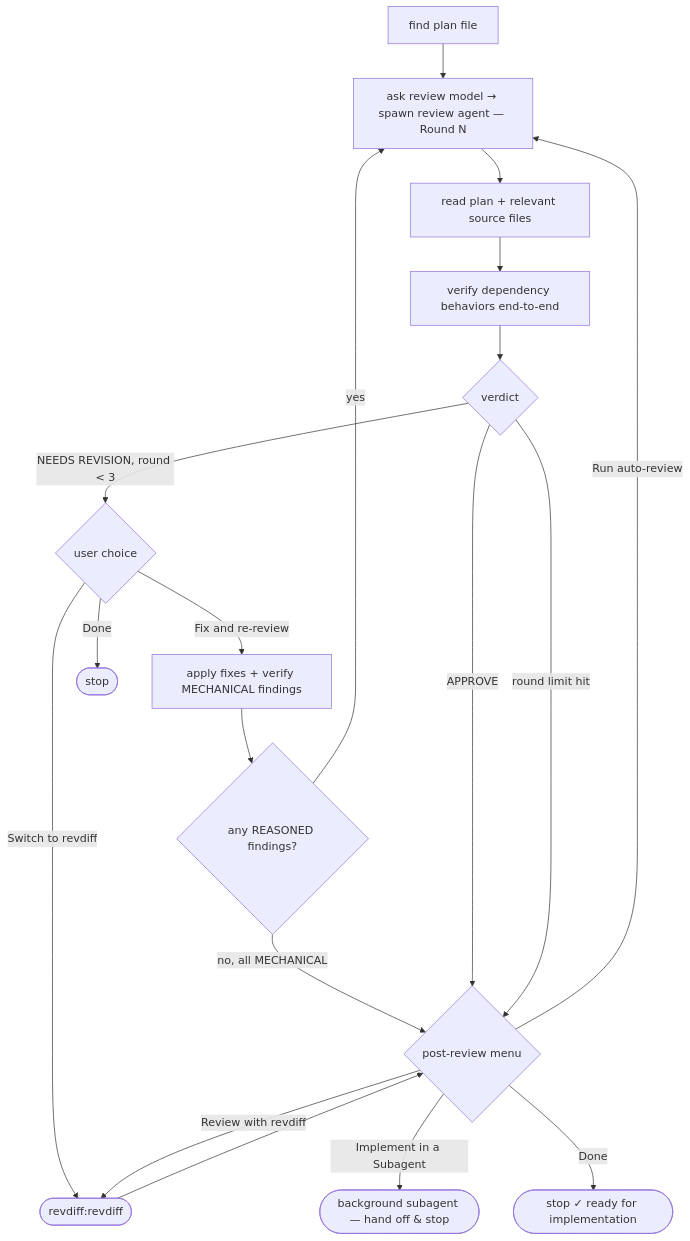
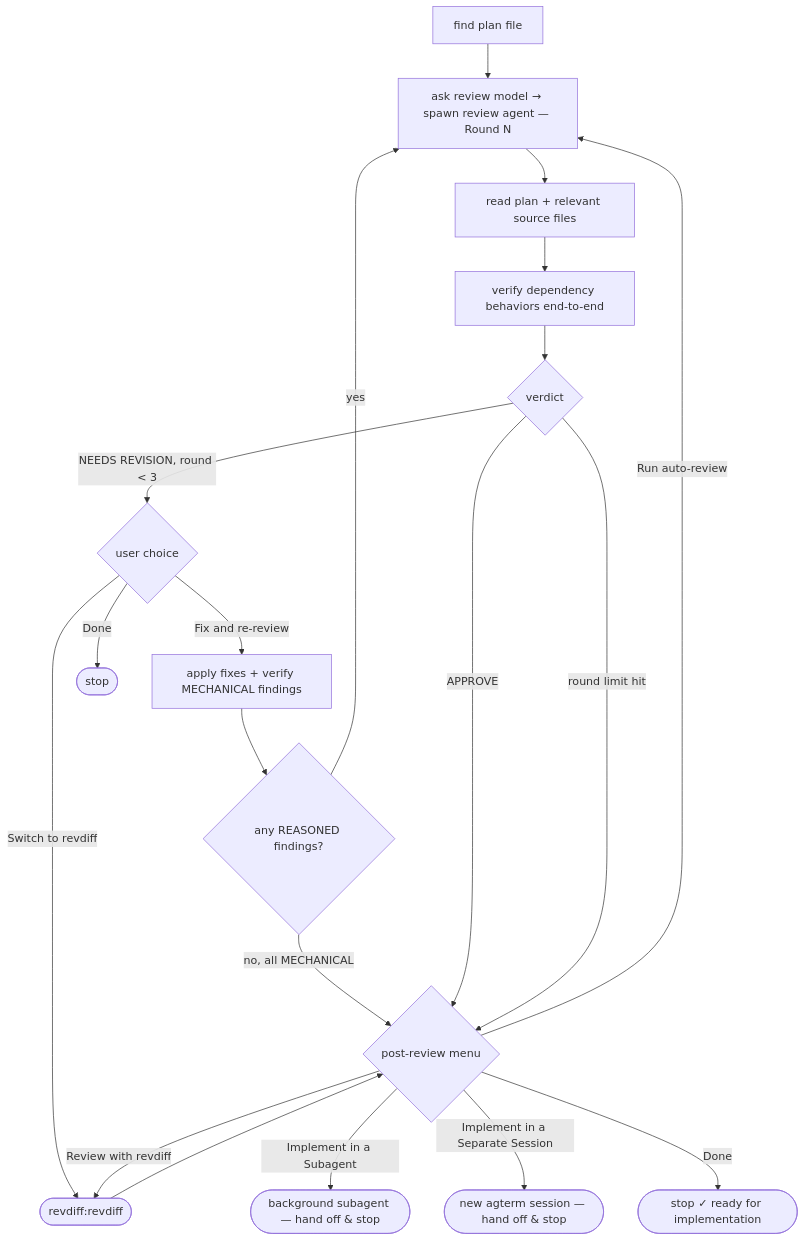
One commit to parMaster/claude-dlc changed the third of 4 diagrams in README.md. Above: the diagram before and after it, drawn with Mermaid. The commit also changed other lines of this file and 5 other files, not shown here.

First line of the commit message:
feat(planning): add "Implement in a Separate Session" agterm hand-off

````diff
--- a/README.md
+++ b/README.md
@@ -108,21 +110,22 @@
 ```mermaid
 flowchart TD
     A["find plan file"] --> B["ask review model → spawn review agent — Round N"]
     B --> C["read plan + relevant source files"]
     C --> D["verify dependency behaviors end-to-end"]
     D --> E{"verdict"}
     E -->|"NEEDS REVISION, round < 3"| G{"user choice"}
     G -->|"Fix and re-review"| H["apply fixes + verify MECHANICAL findings"]
     H --> H2{"any REASONED findings?"}
     H2 -->|yes| B
     H2 -->|"no, all MECHANICAL"| M
     G -->|"Switch to revdiff"| RD(["revdiff:revdiff"])
     G -->|Done| STOP(["stop"])
     E -->|APPROVE| M{"post-review menu"}
     E -->|"round limit hit"| M
     M -->|"Run auto-review"| B
     M -->|"Review with revdiff"| RD
     RD --> M
     M -->|"Implement in a Subagent"| SUB(["background subagent — hand off & stop"])
+    M -->|"Implement in a Separate Session"| SESS(["new agterm session — hand off & stop"])
     M -->|Done| STOP2(["stop ✓ ready for implementation"])
 ```
````
